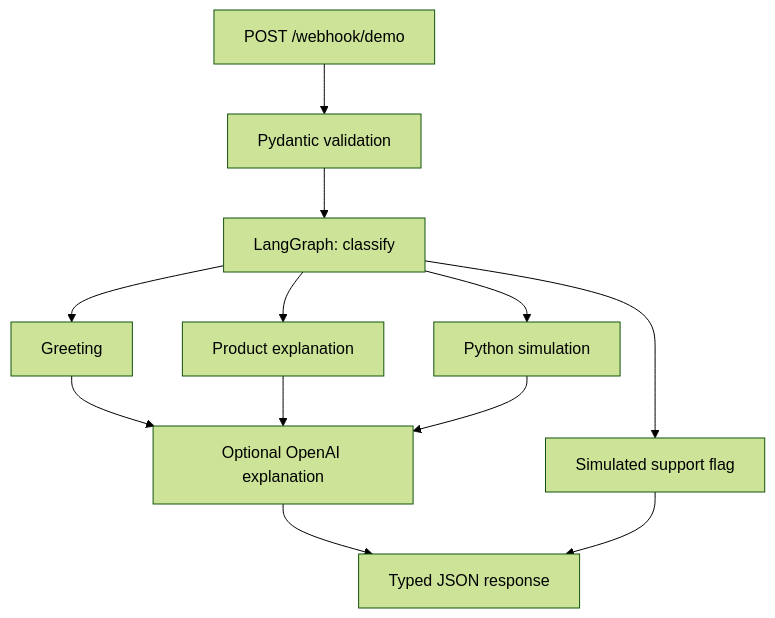
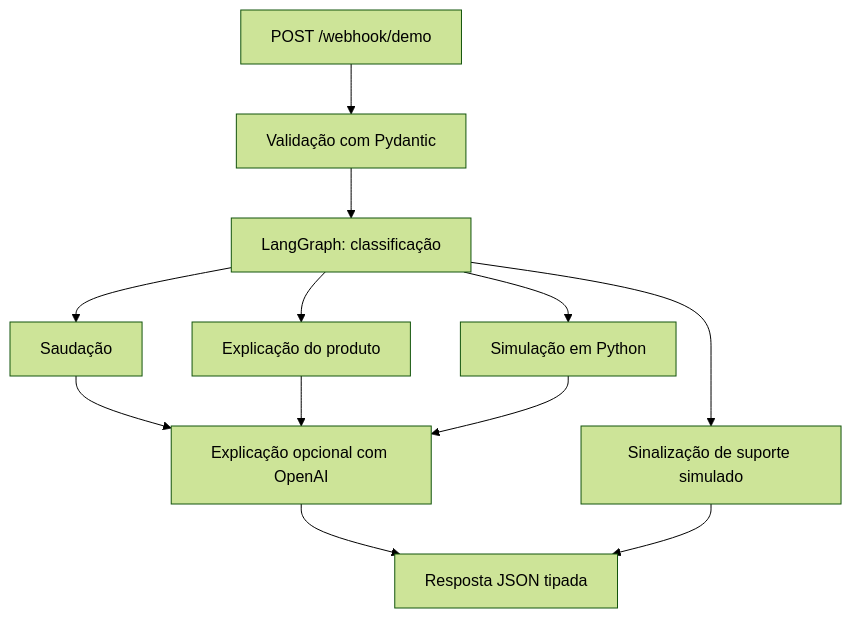
One commit to Kialojer/Bank-costumer-support changed the diagram in README.md. Above: the diagram before and after it, drawn with Mermaid (forest theme). The commit also changed other lines of this file, not shown here.

````diff
--- a/README.md
+++ b/README.md
@@ -33,14 +35,14 @@
 ```mermaid
 flowchart TD
-    A["POST /webhook/demo"] --> B["Pydantic validation"]
-    B --> C["LangGraph: classify"]
-    C --> D["Greeting"]
-    C --> E["Product explanation"]
-    C --> F["Python simulation"]
-    C --> G["Simulated support flag"]
-    D --> H["Optional OpenAI explanation"]
+    A["POST /webhook/demo"] --> B["Validação com Pydantic"]
+    B --> C["LangGraph: classificação"]
+    C --> D["Saudação"]
+    C --> E["Explicação do produto"]
+    C --> F["Simulação em Python"]
+    C --> G["Sinalização de suporte simulado"]
+    D --> H["Explicação opcional com OpenAI"]
     E --> H
     F --> H
-    H --> I["Typed JSON response"]
+    H --> I["Resposta JSON tipada"]
     G --> I
 ```
````
